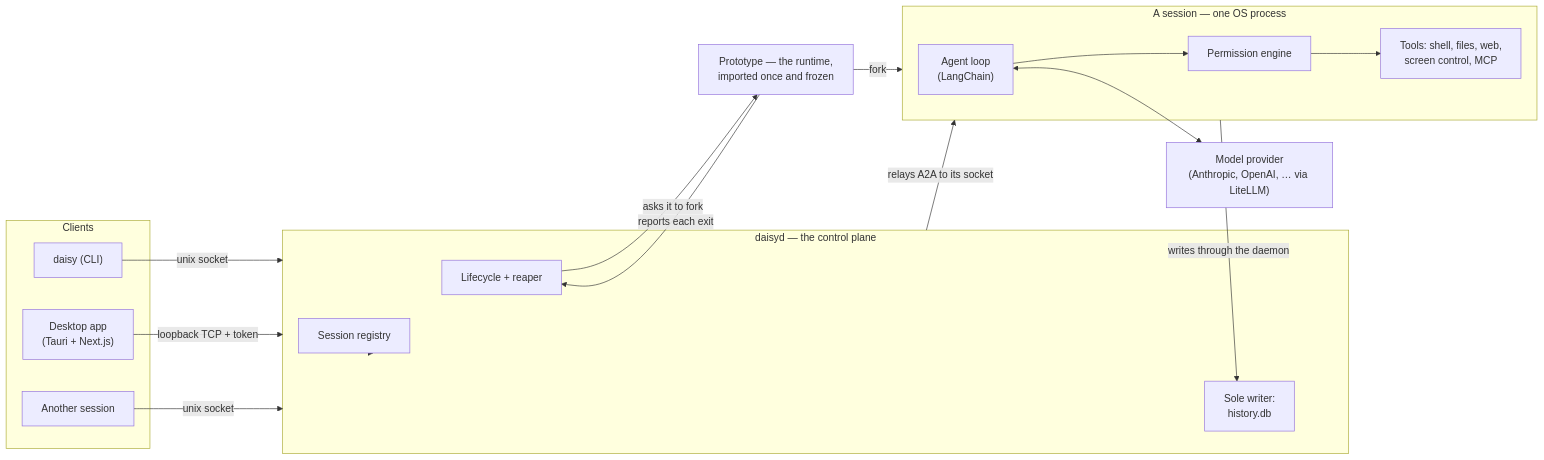
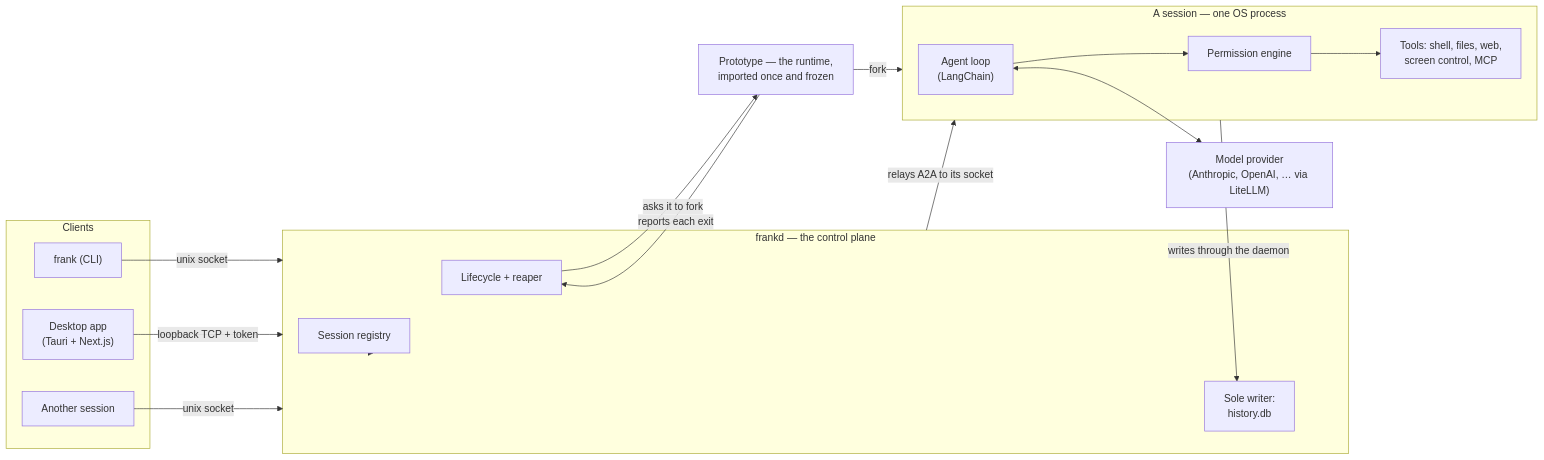
Before and after one commit to ghovax/frank: the diagram in documentation/architecture.md, drawn with Mermaid. The commit also changed other lines of this file and 347 other files, not shown here.

First line of the commit message:
Daisy becomes Frank

````diff
--- a/documentation/architecture.md
+++ b/documentation/architecture.md
@@ -5,36 +5,36 @@
 ```mermaid
 flowchart LR
     subgraph Clients
-        Cli["daisy (CLI)"]
+        Cli["frank (CLI)"]
         App["Desktop app<br/>(Tauri + Next.js)"]
         Peer["Another session"]
     end
 
-    subgraph Daemon["daisyd — the control plane"]
+    subgraph Daemon["frankd — the control plane"]
         Registry["Session registry"]
         Lifecycle["Lifecycle + reaper"]
         Stores["Sole writer:<br/>history.db"]
     end
 
     Prototype["Prototype — the runtime,<br/>imported once and frozen"]
 
     subgraph Session["A session — one OS process"]
         Executor["Agent loop<br/>(LangChain)"]
         Permissions["Permission engine"]
         Tools["Tools: shell, files, web,<br/>screen control, MCP"]
     end
 
     ModelProvider["Model provider<br/>(Anthropic, OpenAI, … via LiteLLM)"]
 
     Cli -->|unix socket| Daemon
     App -->|loopback TCP + token| Daemon
     Peer -->|unix socket| Daemon
     Daemon --> Registry & Lifecycle & Stores
     Lifecycle -->|asks it to fork| Prototype
     Prototype -->|fork| Session
     Prototype -->|reports each exit| Lifecycle
     Daemon -->|relays A2A to its socket| Session
     Session -->|writes through the daemon| Stores
     Executor --> Permissions --> Tools
     Executor <--> ModelProvider
 ```
````
